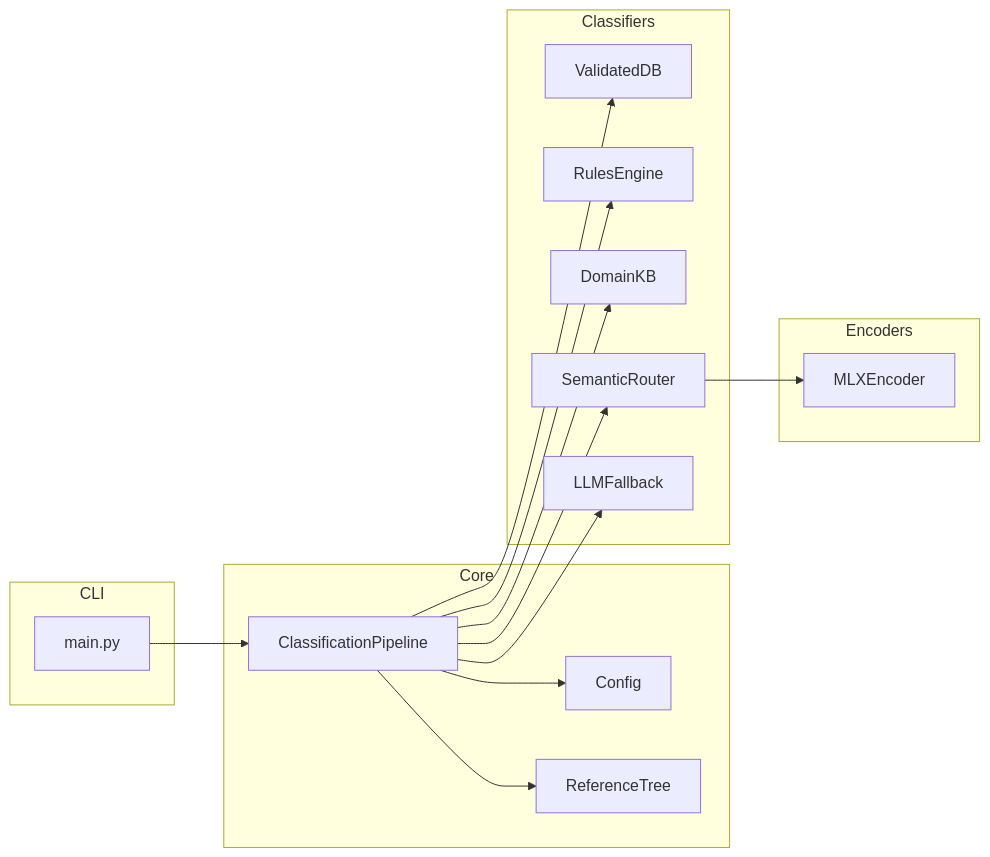
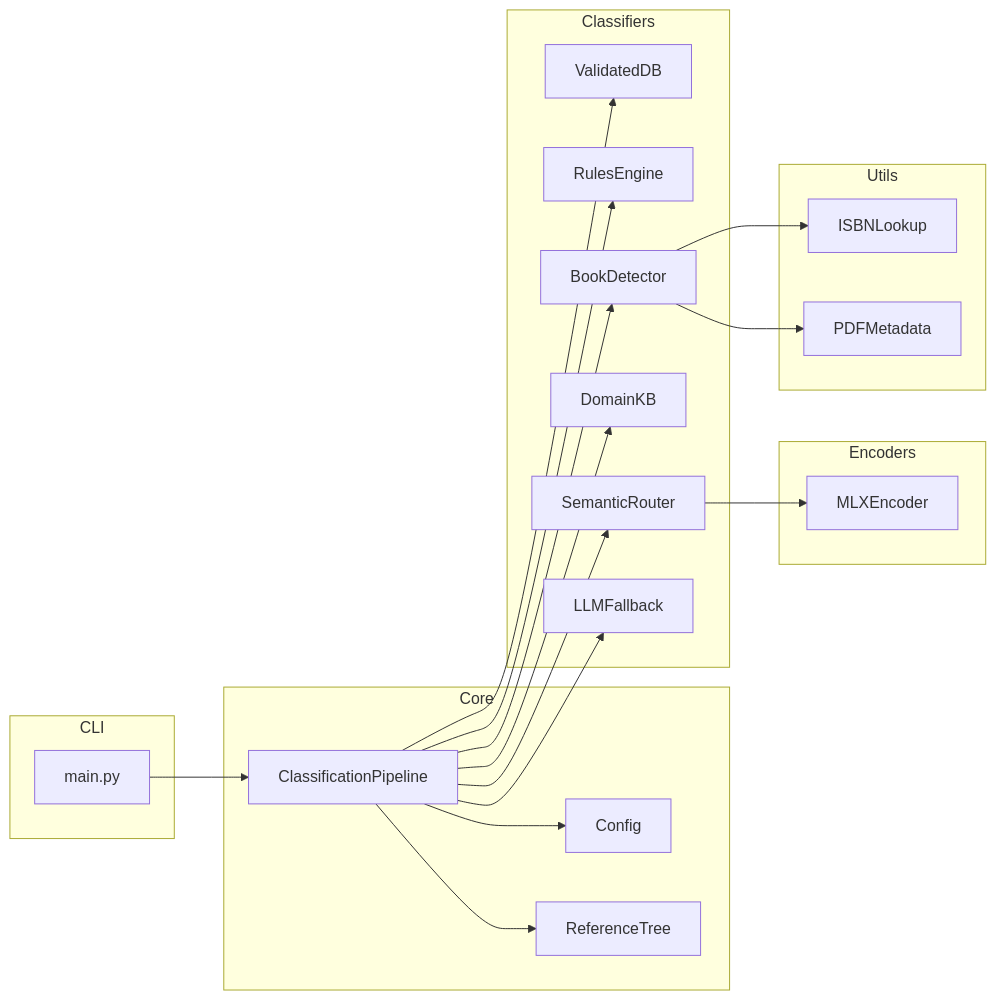
One commit to fjacquet/para-files changed the second of 3 diagrams in docs/architecture.md. Above: the diagram before and after it, drawn with Mermaid. The commit also changed other lines of this file and 1 other file, not shown here.

First line of the commit message:
docs: update architecture and changelog with 6-signal pipeline

````diff
--- a/docs/architecture.md
+++ b/docs/architecture.md
@@ -41,34 +44,43 @@
 ```mermaid
 graph LR
     subgraph CLI
         A[main.py]
     end
 
     subgraph Core
         B[ClassificationPipeline]
         C[Config]
         D[ReferenceTree]
     end
 
     subgraph Classifiers
         E[ValidatedDB]
         F[RulesEngine]
+        F2[BookDetector]
         G[DomainKB]
         H[SemanticRouter]
         I[LLMFallback]
     end
 
     subgraph Encoders
         J[MLXEncoder]
     end
 
+    subgraph Utils
+        K[ISBNLookup]
+        L[PDFMetadata]
+    end
+
     A --> B
     B --> C
     B --> D
     B --> E
     B --> F
+    B --> F2
     B --> G
     B --> H
     B --> I
     H --> J
+    F2 --> K
+    F2 --> L
 ```
````
